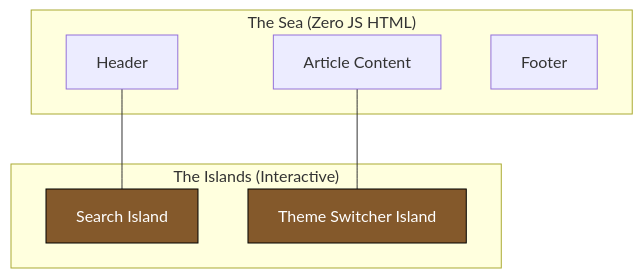
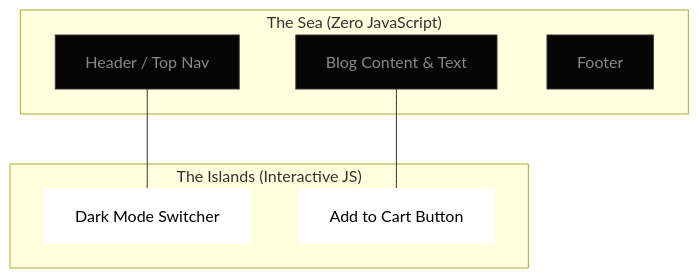
The diagram in docs/frontend/islands-architecture.md (prakharp18/fdsheet), drawn with Mermaid before and after one commit. The commit also changed other lines of this file and 9 other files, not shown here.

````diff
--- a/docs/frontend/islands-architecture.md
+++ b/docs/frontend/islands-architecture.md
@@ -23,19 +23,19 @@
 ```mermaid
 graph TD
-    subgraph "The Sea (Zero JS HTML)"
-        H[Header]
-        P[Article Content]
-        F[Footer]
+    classDef static fill:#050505,stroke:#333,stroke-width:1px,color:#888
+    classDef island fill:#FFFFFF,stroke:#FFF,stroke-width:2px,color:#000
+
+    subgraph "The Sea (Zero JavaScript)"
+        H[Header / Top Nav]:::static
+        B[Blog Content & Text]:::static
+        F[Footer]:::static
     end
 
-    subgraph "The Islands (Interactive)"
-        S[Search Island]
-        T[Theme Switcher Island]
+    subgraph "The Islands (Interactive JS)"
+        S[Dark Mode Switcher]:::island
+        C[Add to Cart Button]:::island
     end
 
     H --- S
-    P --- T
-    
-    style S fill:#84592B,stroke:#000,color:#fff
-    style T fill:#84592B,stroke:#000,color:#fff
+    B --- C
 ```
````
